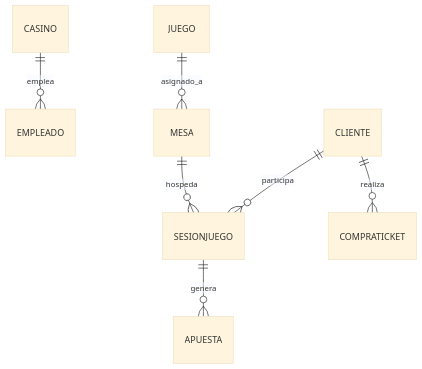
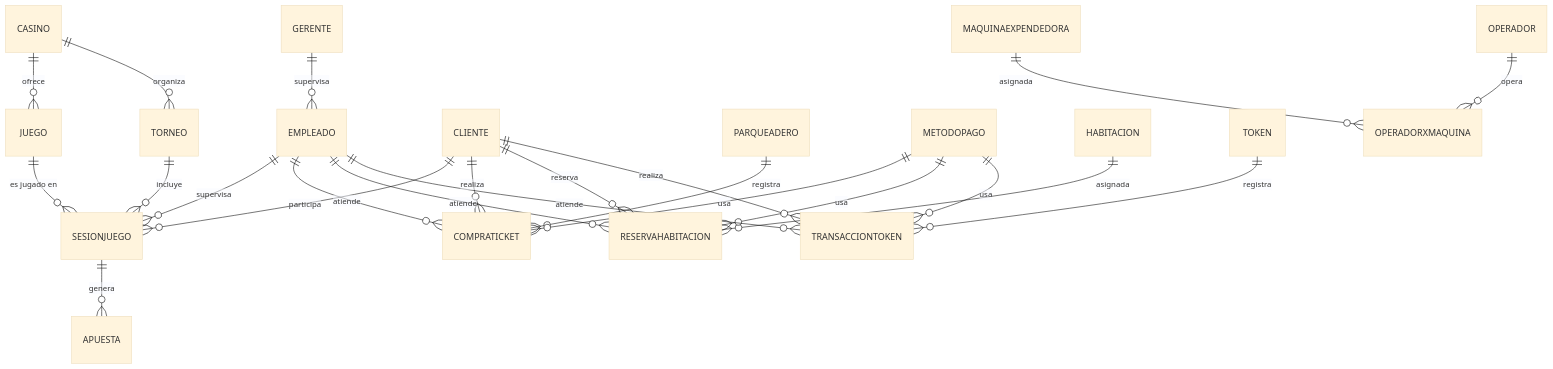
One commit to mintlify-atlas/docs-atlas-cca7fff1 changed the diagram in proyectos/referencia-casino.mdx. Above: the diagram before and after it, drawn with Mermaid (base theme). The commit also changed other lines of this file and 18 other files, not shown here.

Commit message:
docs: review pass — fix SQL accuracy, SEO metadata, dataset completeness, hallucinated schemas

````diff
--- a/proyectos/referencia-casino.mdx
+++ b/proyectos/referencia-casino.mdx
@@ -106,9 +245,25 @@
 ```mermaid
 erDiagram
-    CASINO ||--o{ EMPLEADO : emplea
-    CLIENTE ||--o{ SESIONJUEGO : participa
-    MESA ||--o{ SESIONJUEGO : hospeda
-    JUEGO ||--o{ MESA : asignado_a
-    SESIONJUEGO ||--o{ APUESTA : genera
-    CLIENTE ||--o{ COMPRATICKET : realiza
+    CASINO ||--o{ JUEGO : "ofrece"
+    CASINO ||--o{ TORNEO : "organiza"
+    GERENTE ||--o{ EMPLEADO : "supervisa"
+    CLIENTE ||--o{ SESIONJUEGO : "participa"
+    JUEGO ||--o{ SESIONJUEGO : "es jugado en"
+    EMPLEADO ||--o{ SESIONJUEGO : "supervisa"
+    TORNEO ||--o{ SESIONJUEGO : "incluye"
+    SESIONJUEGO ||--o{ APUESTA : "genera"
+    CLIENTE ||--o{ COMPRATICKET : "realiza"
+    PARQUEADERO ||--o{ COMPRATICKET : "registra"
+    METODOPAGO ||--o{ COMPRATICKET : "usa"
+    EMPLEADO ||--o{ COMPRATICKET : "atiende"
+    CLIENTE ||--o{ RESERVAHABITACION : "reserva"
+    HABITACION ||--o{ RESERVAHABITACION : "asignada"
+    METODOPAGO ||--o{ RESERVAHABITACION : "usa"
+    EMPLEADO ||--o{ RESERVAHABITACION : "atiende"
+    CLIENTE ||--o{ TRANSACCIONTOKEN : "realiza"
+    TOKEN ||--o{ TRANSACCIONTOKEN : "registra"
+    METODOPAGO ||--o{ TRANSACCIONTOKEN : "usa"
+    EMPLEADO ||--o{ TRANSACCIONTOKEN : "atiende"
+    MAQUINAEXPENDEDORA ||--o{ OPERADORXMAQUINA : "asignada"
+    OPERADOR ||--o{ OPERADORXMAQUINA : "opera"
 ```
````
